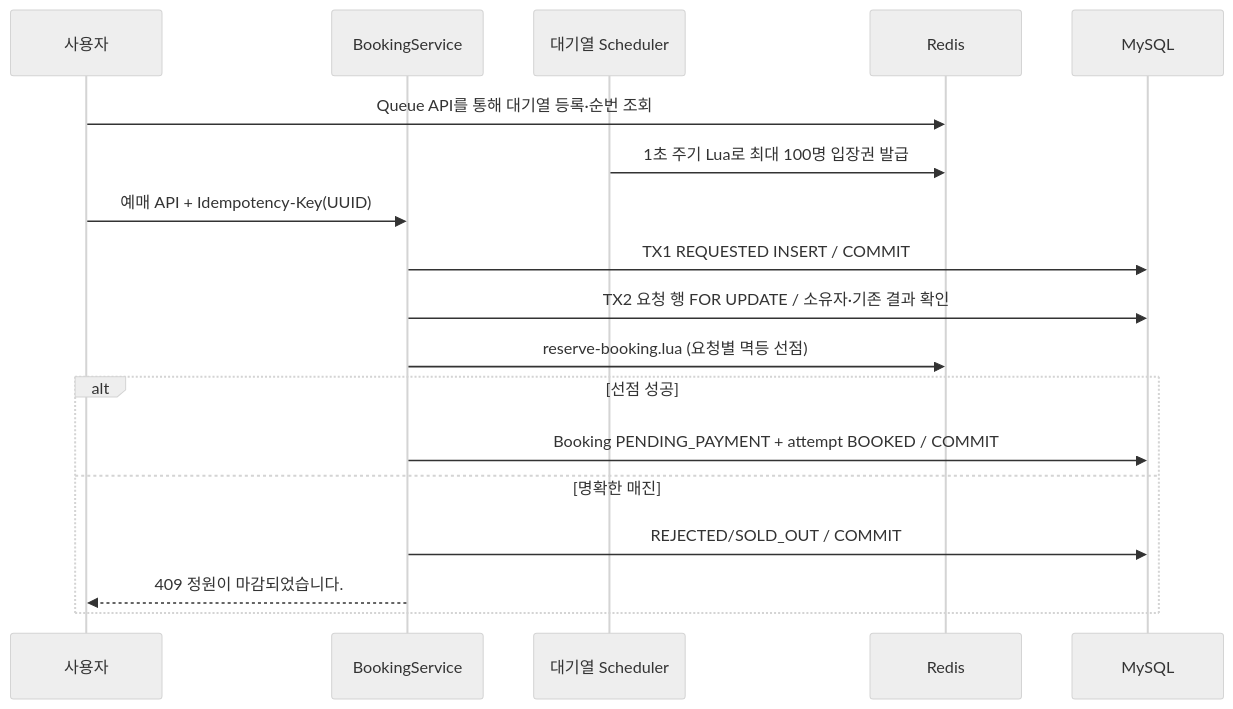
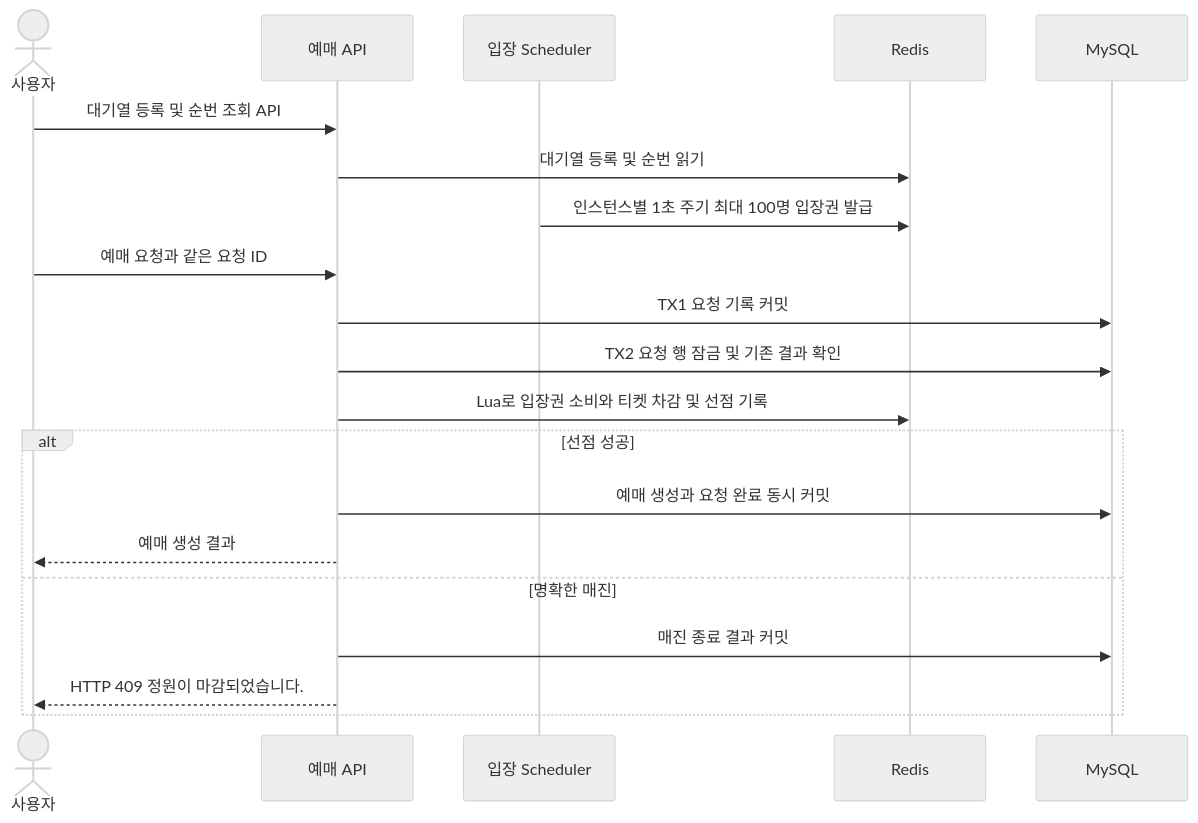
The first of 3 diagrams in docs/flow.md (hak0622/ticketflow), drawn with Mermaid (neutral theme) before and after one commit. The commit also changed other lines of this file and 13 other files, not shown here.

````diff
--- a/docs/flow.md
+++ b/docs/flow.md
@@ -7,20 +7,22 @@
 ```mermaid
 sequenceDiagram
-    participant U as 사용자
-    participant A as BookingService
-    participant Q as 대기열 Scheduler
+    actor U as 사용자
+    participant A as 예매 API
+    participant W as 입장 Scheduler
     participant R as Redis
     participant D as MySQL
-    U->>R: Queue API를 통해 대기열 등록·순번 조회
-    Q->>R: 1초 주기 Lua로 최대 100명 입장권 발급
-    U->>A: 예매 API + Idempotency-Key(UUID)
-    A->>D: TX1 REQUESTED INSERT / COMMIT
-    A->>D: TX2 요청 행 FOR UPDATE / 소유자·기존 결과 확인
-    A->>R: reserve-booking.lua (요청별 멱등 선점)
+    U->>A: 대기열 등록 및 순번 조회 API
+    A->>R: 대기열 등록 및 순번 읽기
+    W->>R: 인스턴스별 1초 주기 최대 100명 입장권 발급
+    U->>A: 예매 요청과 같은 요청 ID
+    A->>D: TX1 요청 기록 커밋
+    A->>D: TX2 요청 행 잠금 및 기존 결과 확인
+    A->>R: Lua로 입장권 소비와 티켓 차감 및 선점 기록
     alt 선점 성공
-        A->>D: Booking PENDING_PAYMENT + attempt BOOKED / COMMIT
+        A->>D: 예매 생성과 요청 완료 동시 커밋
+        A-->>U: 예매 생성 결과
     else 명확한 매진
-        A->>D: REJECTED/SOLD_OUT / COMMIT
-        A-->>U: 409 정원이 마감되었습니다.
+        A->>D: 매진 종료 결과 커밋
+        A-->>U: HTTP 409 정원이 마감되었습니다.
     end
 ```
````
